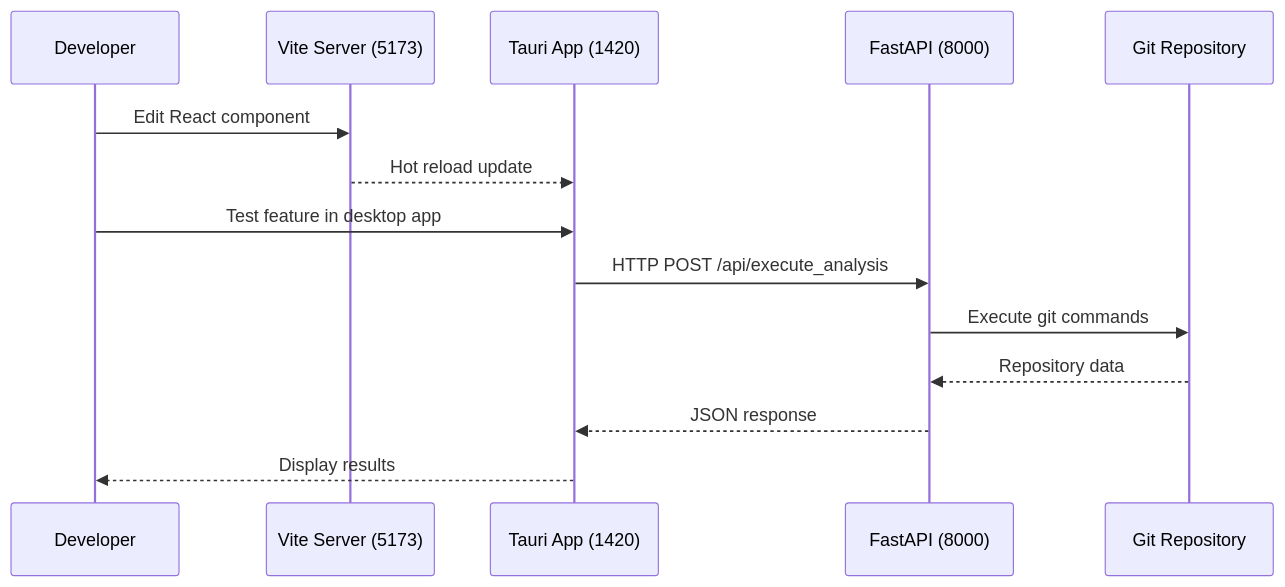
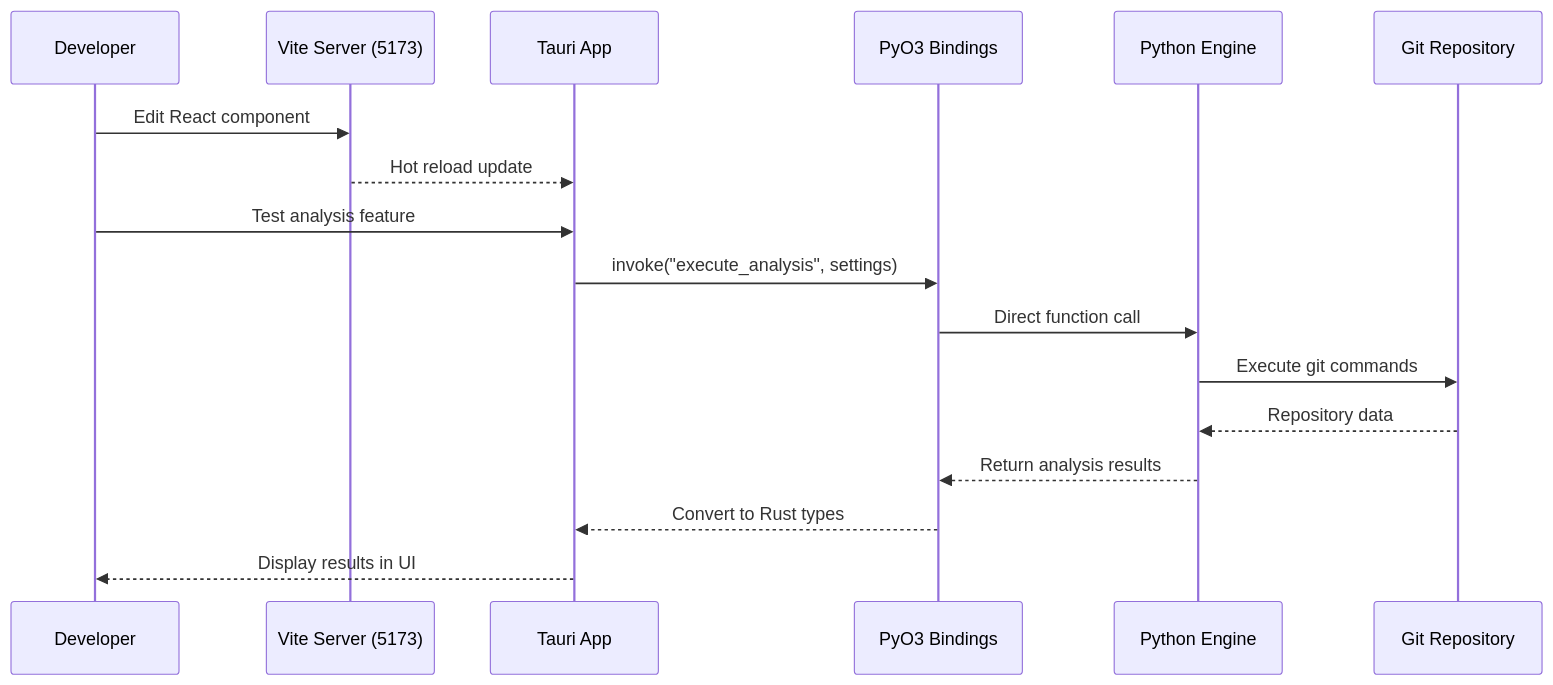
The third of 6 diagrams in docs/development/development-architecture.md (boost-edu-tools/gitinspectorgui), drawn with Mermaid before and after one commit. The commit also changed other lines of this file and 13 other files, not shown here.

````diff
--- a/docs/development/development-architecture.md
+++ b/docs/development/development-architecture.md
@@ -81,18 +92,21 @@
 ```mermaid
 sequenceDiagram
     participant Dev as Developer
     participant Vite as Vite Server (5173)
-    participant Tauri as Tauri App (1420)
-    participant API as FastAPI (8000)
+    participant Tauri as Tauri App
+    participant PyO3 as PyO3 Bindings
+    participant Python as Python Engine
     participant Git as Git Repository
 
     Dev->>Vite: Edit React component
     Vite-->>Tauri: Hot reload update
 
-    Dev->>Tauri: Test feature in desktop app
-    Tauri->>API: HTTP POST /api/execute_analysis
-    API->>Git: Execute git commands
-    Git-->>API: Repository data
-    API-->>Tauri: JSON response
-    Tauri-->>Dev: Display results
+    Dev->>Tauri: Test analysis feature
+    Tauri->>PyO3: invoke("execute_analysis", settings)
+    PyO3->>Python: Direct function call
+    Python->>Git: Execute git commands
+    Git-->>Python: Repository data
+    Python-->>PyO3: Return analysis results
+    PyO3-->>Tauri: Convert to Rust types
+    Tauri-->>Dev: Display results in UI
 ```
````
